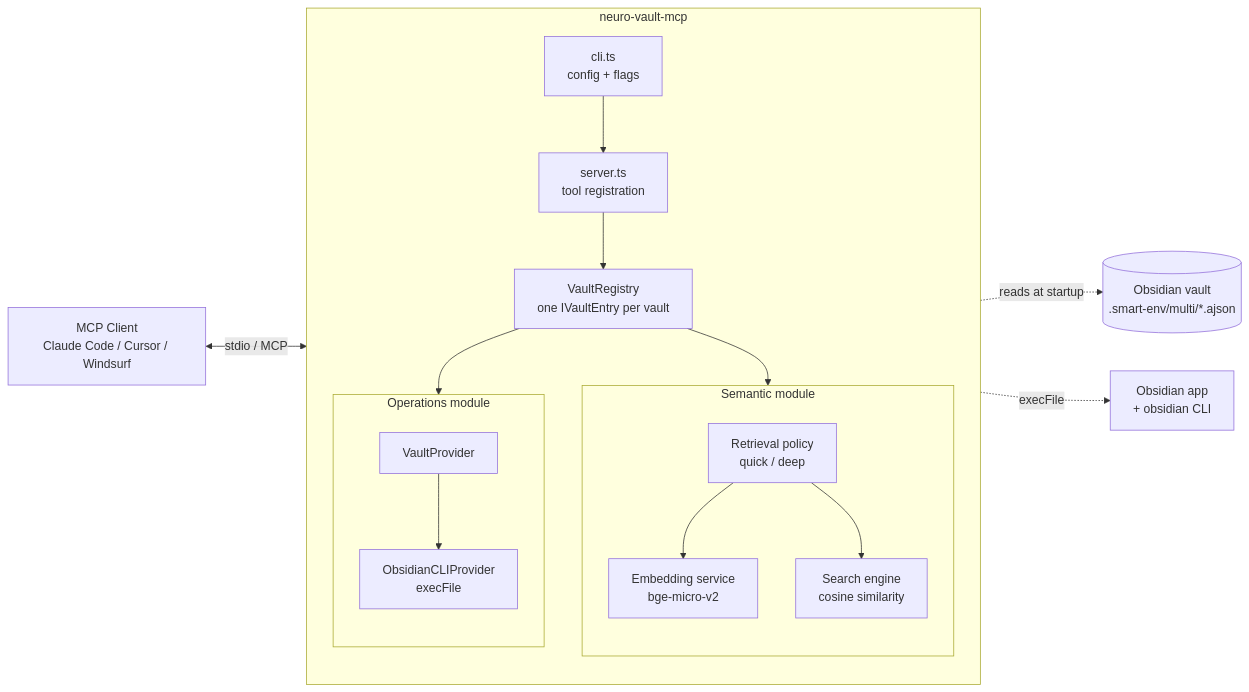
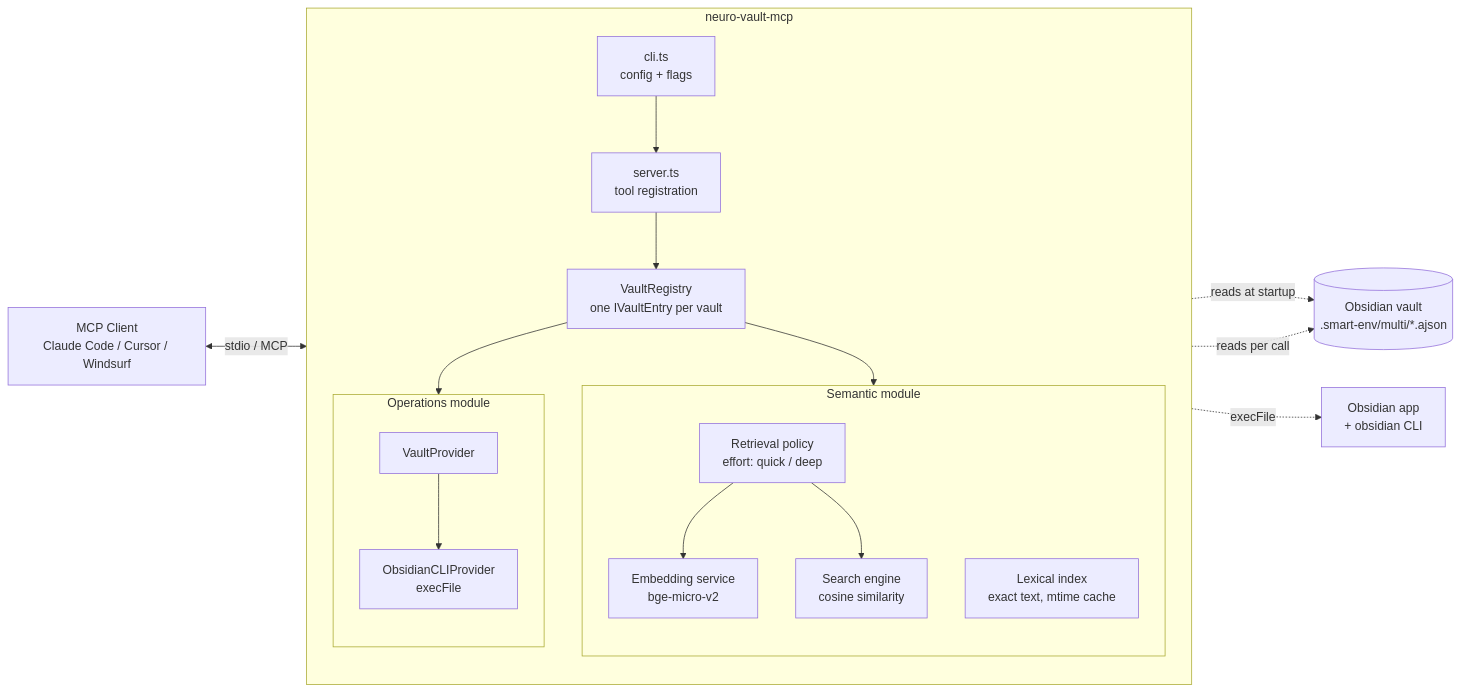
The diagram in docs/architecture/module-structure.md (AlexMost/neuro-vault), drawn with Mermaid before and after one commit. The commit also changed other lines of this file and 4 other files, not shown here.

````diff
--- a/docs/architecture/module-structure.md
+++ b/docs/architecture/module-structure.md
@@ -52,33 +52,35 @@
 ```mermaid
 flowchart LR
     Client[MCP Client<br/>Claude Code / Cursor / Windsurf]
     subgraph Server[neuro-vault-mcp]
         direction TB
         CLI[cli.ts<br/>config + flags]
         Core[server.ts<br/>tool registration]
         Registry[VaultRegistry<br/>one IVaultEntry per vault]
         subgraph Semantic[Semantic module]
             direction TB
-            Retrieval[Retrieval policy<br/>quick / deep]
+            Retrieval[Retrieval policy<br/>effort: quick / deep]
             Embed[Embedding service<br/>bge-micro-v2]
             Search[Search engine<br/>cosine similarity]
+            Lexical[Lexical index<br/>exact text, mtime cache]
         end
         subgraph Operations[Operations module]
             direction TB
             Provider[VaultProvider]
             CLIProv[ObsidianCLIProvider<br/>execFile]
         end
         CLI --> Core
         Core --> Registry
         Registry --> Semantic
         Registry --> Operations
         Retrieval --> Embed
         Retrieval --> Search
         Provider --> CLIProv
     end
     Vault[(Obsidian vault<br/>.smart-env/multi/*.ajson)]
     Obs[Obsidian app<br/>+ obsidian CLI]
     Client <-->|stdio / MCP| Core
     Search -. reads at startup .-> Vault
+    Lexical -. reads per call .-> Vault
     CLIProv -. execFile .-> Obs
 ```
````
